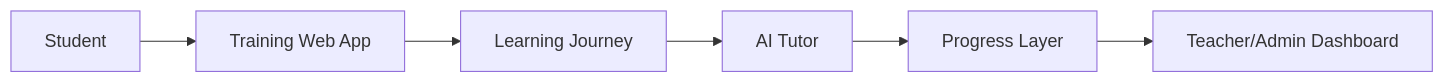
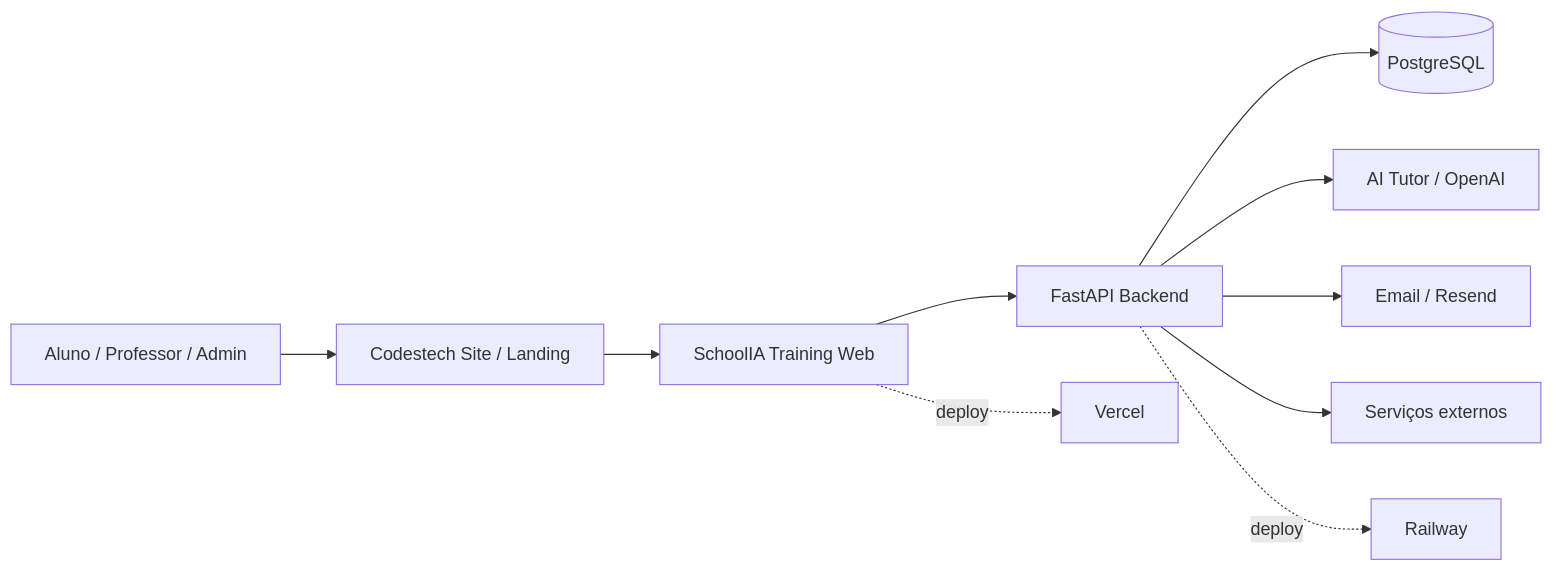
The diagram in projects/schoolia-training-os.md (AdrianoPortuga/codestech-product-portfolio), drawn with Mermaid before and after one commit. The commit also changed other lines of this file, not shown here.

Commit message:
docs: transformar SchoolIA no principal case técnico do portfólio

````diff
--- a/projects/schoolia-training-os.md
+++ b/projects/schoolia-training-os.md
@@ -21,8 +58,13 @@
 ```mermaid
 flowchart LR
-    A[Student] --> B[Training Web App]
-    B --> C[Learning Journey]
-    C --> D[AI Tutor]
-    D --> E[Progress Layer]
-    E --> F[Teacher/Admin Dashboard]
+    U[Aluno / Professor / Admin] --> SITE[Codestech Site / Landing]
+    SITE --> WEB[SchoolIA Training Web]
+    WEB --> API[FastAPI Backend]
+    API --> DB[(PostgreSQL)]
+    API --> AI[AI Tutor / OpenAI]
+    API --> MAIL[Email / Resend]
+    API --> EXT[Serviços externos]
+
+    WEB -. deploy .-> V[Vercel]
+    API -. deploy .-> R[Railway]
 ```
````
